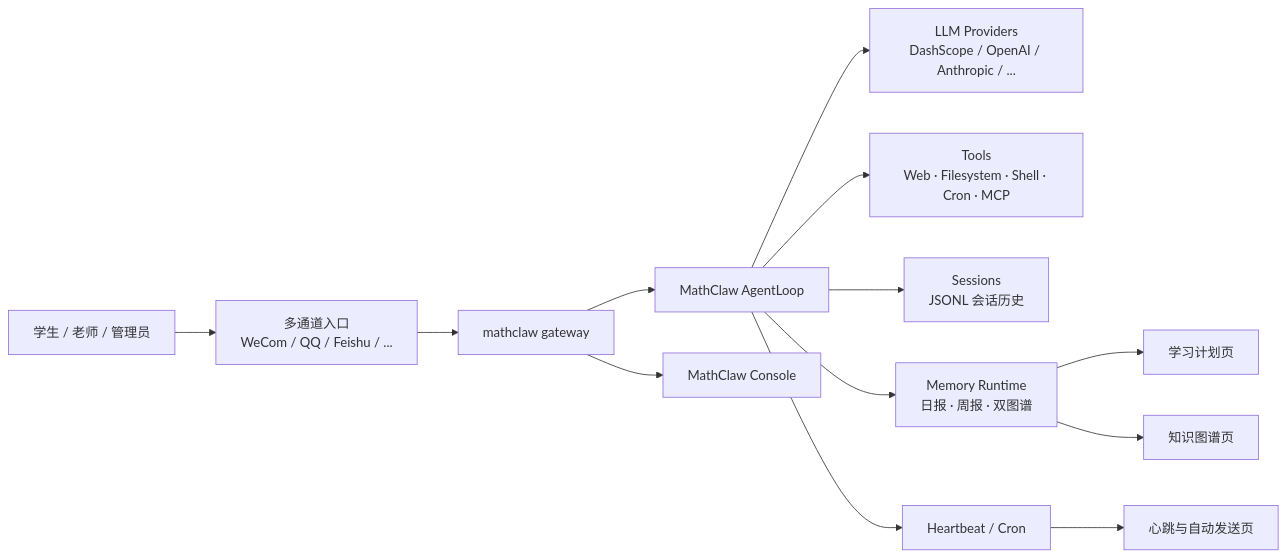
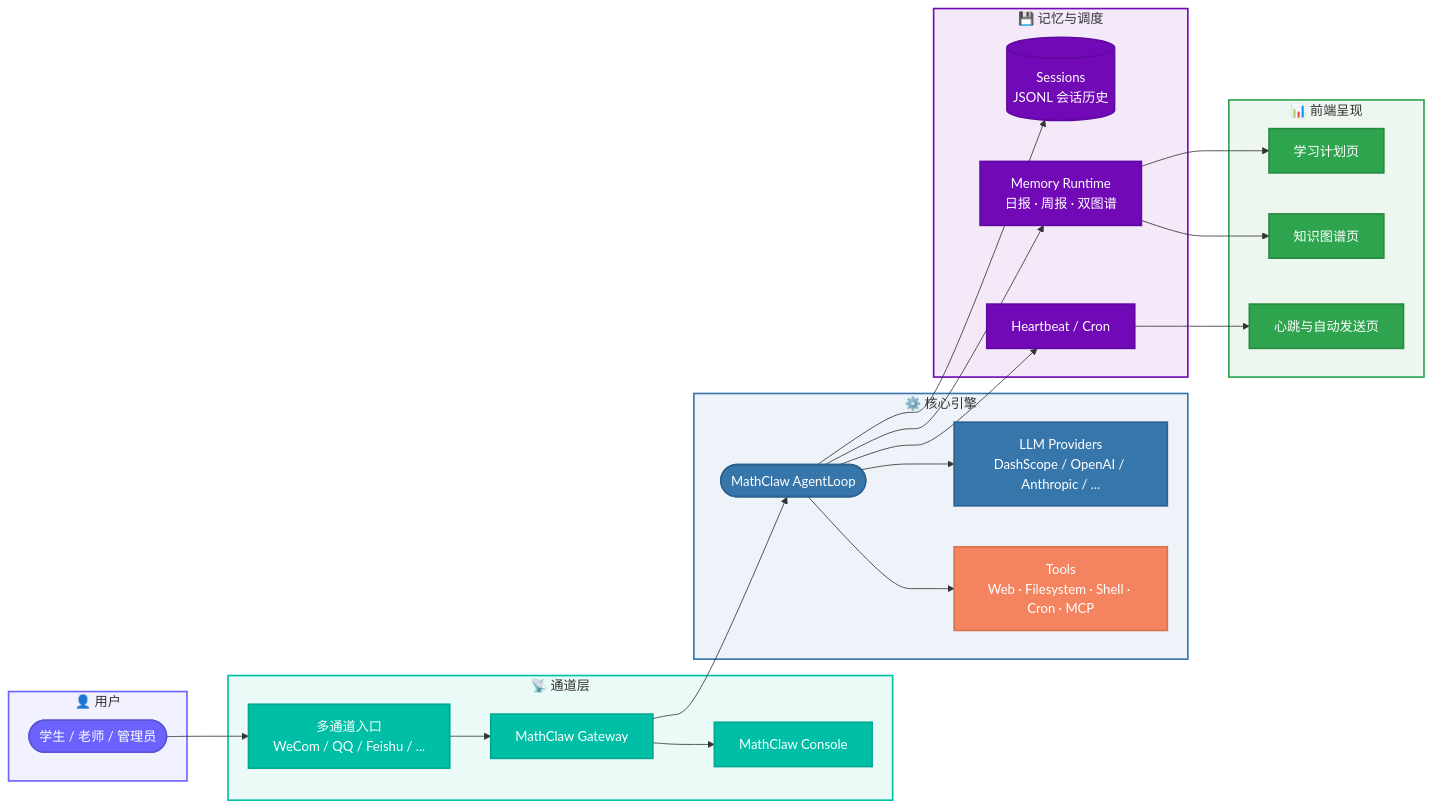
One commit to MathClaw-ruc/MathClaw changed the first of 2 diagrams in README.md. Above: the diagram before and after it, drawn with Mermaid.

Commit message:
style: beautify system architecture diagram with colors and subgraphs

````diff
--- a/README.md
+++ b/README.md
@@ -54,17 +54,54 @@
 ```mermaid
 flowchart LR
-    A["学生 / 老师 / 管理员"] --> B["多通道入口<br/>WeCom / QQ / Feishu / ..."]
-    B --> C["mathclaw gateway"]
-    C --> D["MathClaw AgentLoop"]
+    classDef user fill:#6C63FF,stroke:#5a54d9,color:#fff,stroke-width:2px
+    classDef gateway fill:#00BFA6,stroke:#00a890,color:#fff,stroke-width:2px
+    classDef core fill:#3776AB,stroke:#2d6290,color:#fff,stroke-width:2px
+    classDef tool fill:#F4845F,stroke:#d9734f,color:#fff,stroke-width:2px
+    classDef store fill:#7209B7,stroke:#6008a0,color:#fff,stroke-width:2px
+    classDef output fill:#2EA44F,stroke:#278a42,color:#fff,stroke-width:2px
 
-    D --> E["LLM Providers<br/>DashScope / OpenAI / Anthropic / ..."]
-    D --> F["Tools<br/>Web · Filesystem · Shell · Cron · MCP"]
-    D --> G["Sessions<br/>JSONL 会话历史"]
-    D --> H["Memory Runtime<br/>日报 · 周报 · 双图谱"]
-    D --> I["Heartbeat / Cron"]
+    subgraph Users["👤 用户"]
+        A(["学生 / 老师 / 管理员"]):::user
+    end
 
-    H --> J["学习计划页"]
-    H --> K["知识图谱页"]
-    I --> L["心跳与自动发送页"]
-    C --> M["MathClaw Console"]
+    subgraph Channel["📡 通道层"]
+        B["多通道入口<br/>WeCom / QQ / Feishu / ..."]:::gateway
+        C["MathClaw Gateway"]:::gateway
+        M["MathClaw Console"]:::gateway
+    end
+
+    subgraph Core["⚙️ 核心引擎"]
+        D(["MathClaw AgentLoop"]):::core
+        E["LLM Providers<br/>DashScope / OpenAI / Anthropic / ..."]:::core
+        F["Tools<br/>Web · Filesystem · Shell · Cron · MCP"]:::tool
+    end
+
+    subgraph Memory["💾 记忆与调度"]
+        G[("Sessions<br/>JSONL 会话历史")]:::store
+        H["Memory Runtime<br/>日报 · 周报 · 双图谱"]:::store
+        I["Heartbeat / Cron"]:::store
+    end
+
+    subgraph Output["📊 前端呈现"]
+        J["学习计划页"]:::output
+        K["知识图谱页"]:::output
+        L["心跳与自动发送页"]:::output
+    end
+
+    A --> B --> C --> D
+    C --> M
+    D --> E
+    D --> F
+    D --> G
+    D --> H
+    D --> I
+    H --> J
+    H --> K
+    I --> L
+
+    style Users fill:#6c63ff16,stroke:#6C63FF,stroke-width:2px,color:#333
+    style Channel fill:#00bfa616,stroke:#00BFA6,stroke-width:2px,color:#333
+    style Core fill:#3776ab16,stroke:#3776AB,stroke-width:2px,color:#333
+    style Memory fill:#7209b716,stroke:#7209B7,stroke-width:2px,color:#333
+    style Output fill:#2ea44f16,stroke:#2EA44F,stroke-width:2px,color:#333
 ```
````
